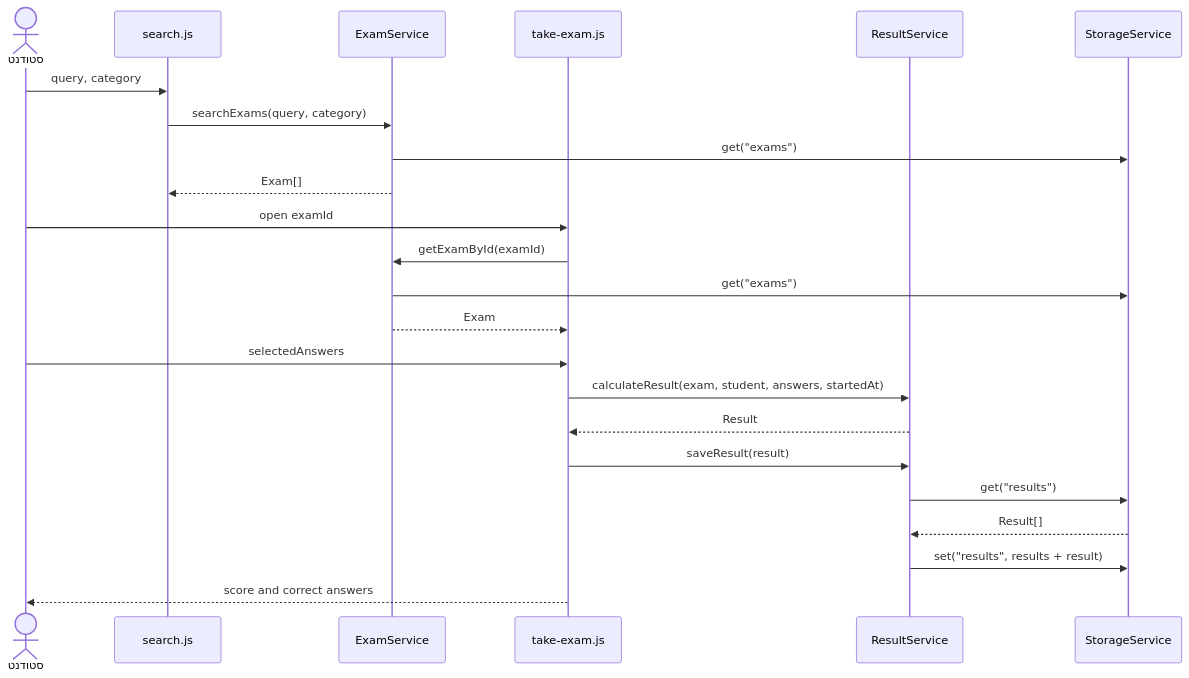
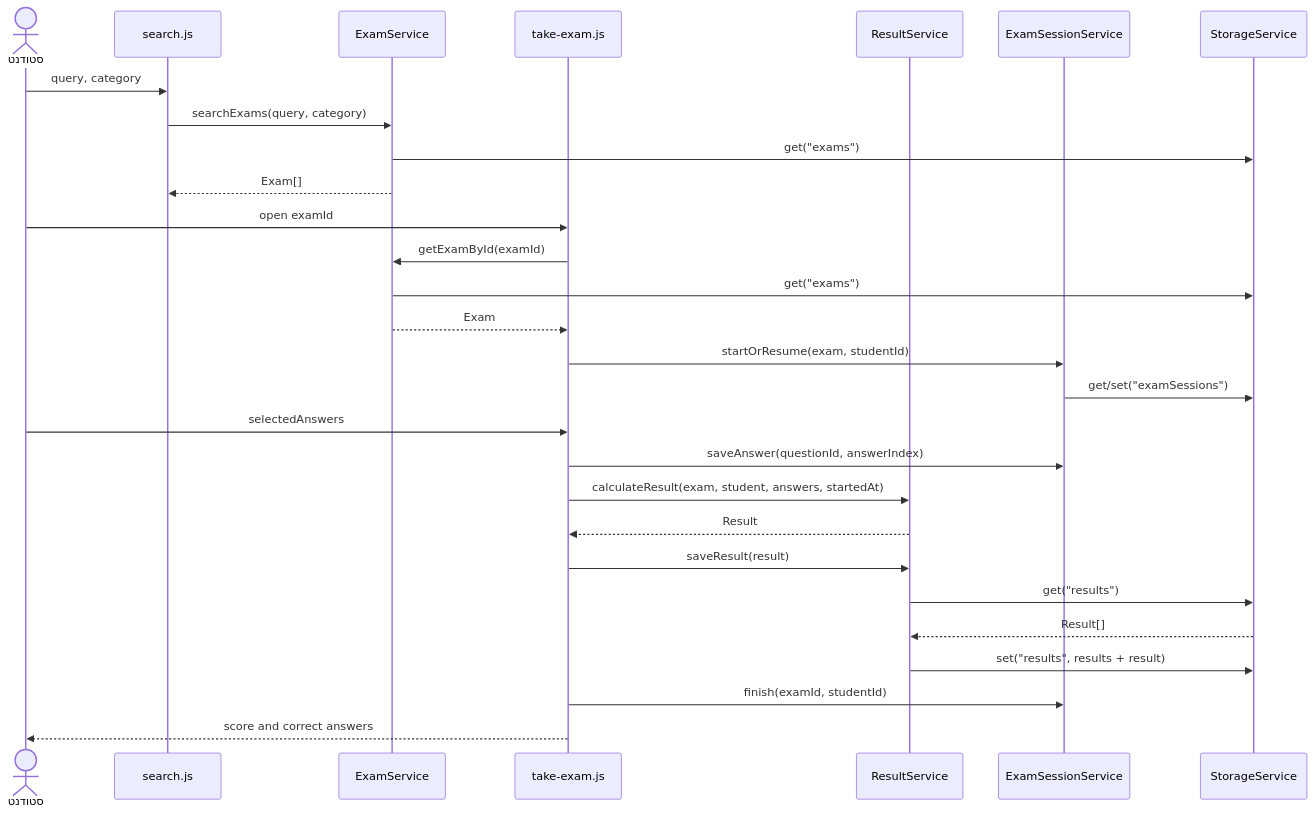
The second of 2 diagrams in README.md (ebraheem222-tech/QuizProj), drawn with Mermaid before and after one commit. The commit also changed other lines of this file and 2 other files, not shown here.

Commit message:
Document exam sessions and analytics

````diff
--- a/README.md
+++ b/README.md
@@ -223,26 +256,31 @@
 ```mermaid
 sequenceDiagram
   actor Student as סטודנט
   participant SearchPage as search.js
   participant Exams as ExamService
   participant TakePage as take-exam.js
   participant Results as ResultService
+  participant Session as ExamSessionService
   participant Storage as StorageService
 
   Student->>SearchPage: query, category
   SearchPage->>Exams: searchExams(query, category)
   Exams->>Storage: get("exams")
   Exams-->>SearchPage: Exam[]
   Student->>TakePage: open examId
   TakePage->>Exams: getExamById(examId)
   Exams->>Storage: get("exams")
   Exams-->>TakePage: Exam
+  TakePage->>Session: startOrResume(exam, studentId)
+  Session->>Storage: get/set("examSessions")
   Student->>TakePage: selectedAnswers
+  TakePage->>Session: saveAnswer(questionId, answerIndex)
   TakePage->>Results: calculateResult(exam, student, answers, startedAt)
   Results-->>TakePage: Result
   TakePage->>Results: saveResult(result)
   Results->>Storage: get("results")
   Storage-->>Results: Result[]
   Results->>Storage: set("results", results + result)
+  TakePage->>Session: finish(examId, studentId)
   TakePage-->>Student: score and correct answers
 ```
````
